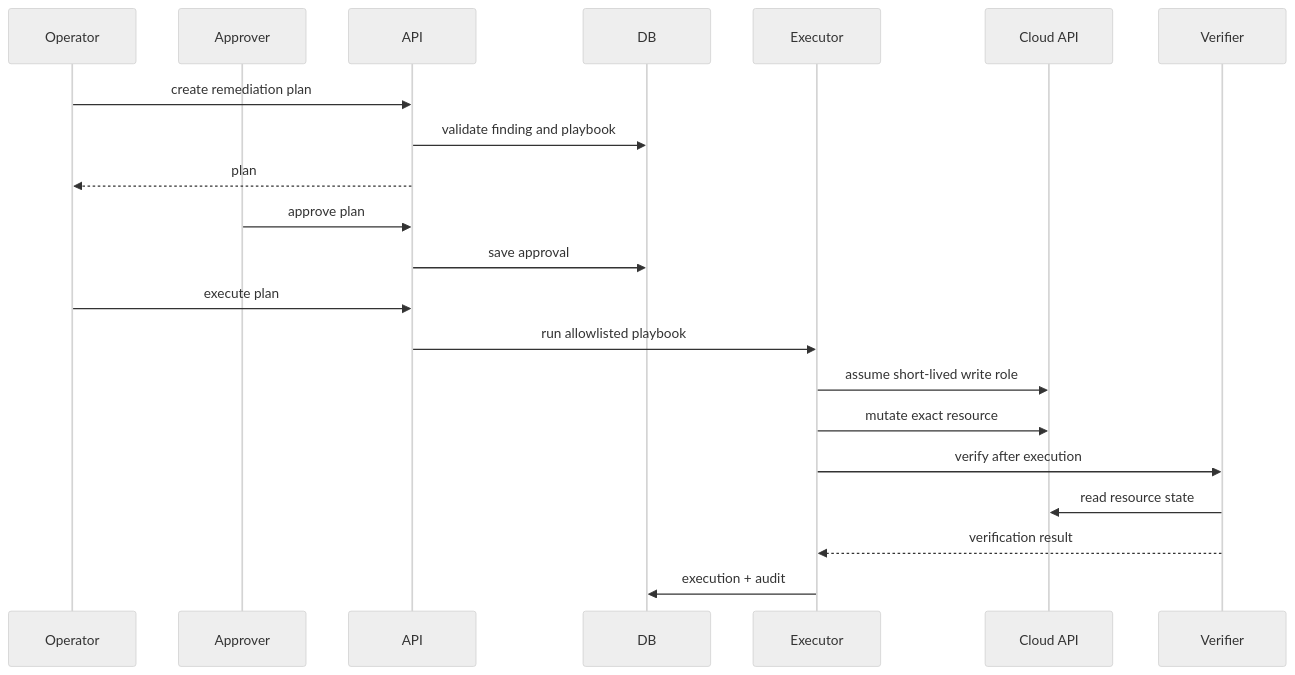
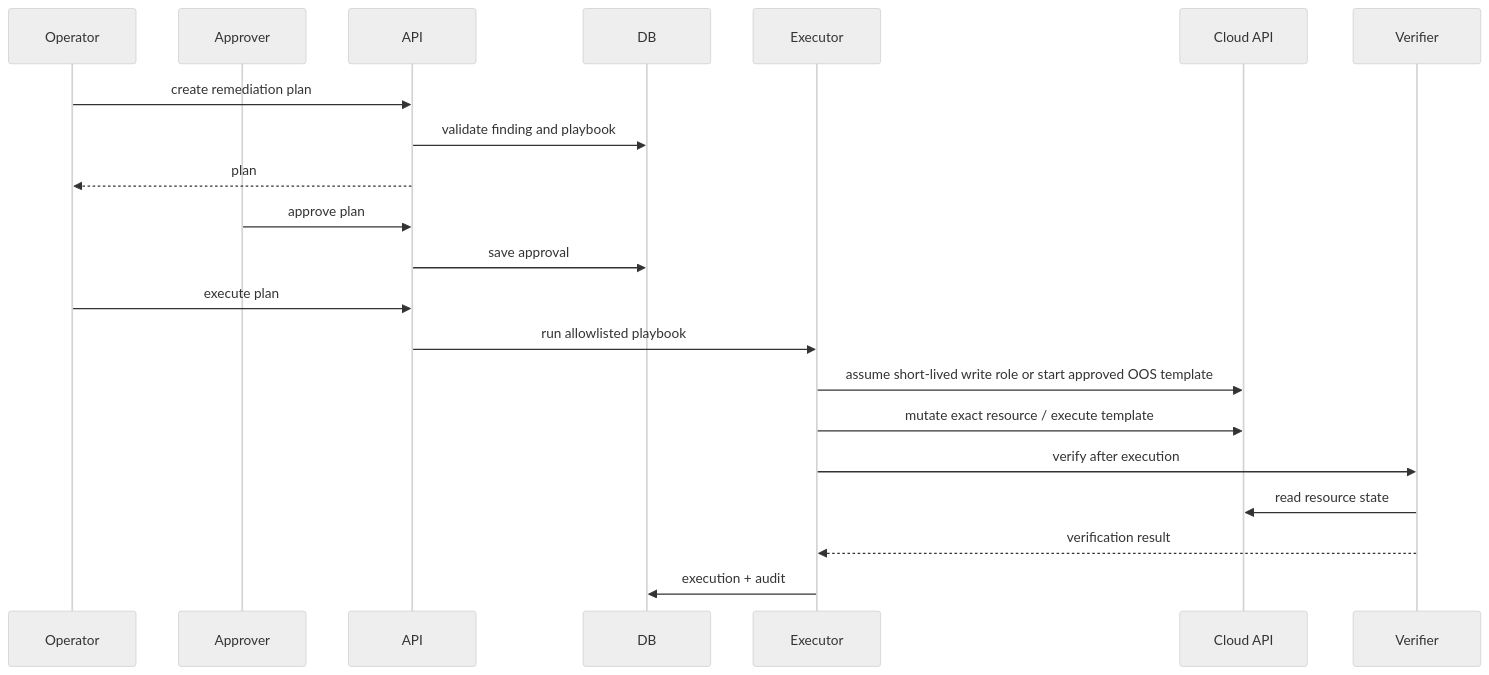
One commit to ChrisXiejq/SoloOps changed the third of 4 diagrams in docs/02-architecture.md. Above: the diagram before and after it, drawn with Mermaid (neutral theme). The commit also changed other lines of this file and 28 other files, not shown here.

````diff
--- a/docs/02-architecture.md
+++ b/docs/02-architecture.md
@@ -80,24 +93,24 @@
 ```mermaid
 sequenceDiagram
   participant U as Operator
   participant A as Approver
   participant API as API
   participant DB as DB
   participant EX as Executor
   participant C as Cloud API
   participant V as Verifier
 
   U->>API: create remediation plan
   API->>DB: validate finding and playbook
   API-->>U: plan
   A->>API: approve plan
   API->>DB: save approval
   U->>API: execute plan
   API->>EX: run allowlisted playbook
-  EX->>C: assume short-lived write role
-  EX->>C: mutate exact resource
+  EX->>C: assume short-lived write role or start approved OOS template
+  EX->>C: mutate exact resource / execute template
   EX->>V: verify after execution
   V->>C: read resource state
   V-->>EX: verification result
   EX->>DB: execution + audit
 ```
````
